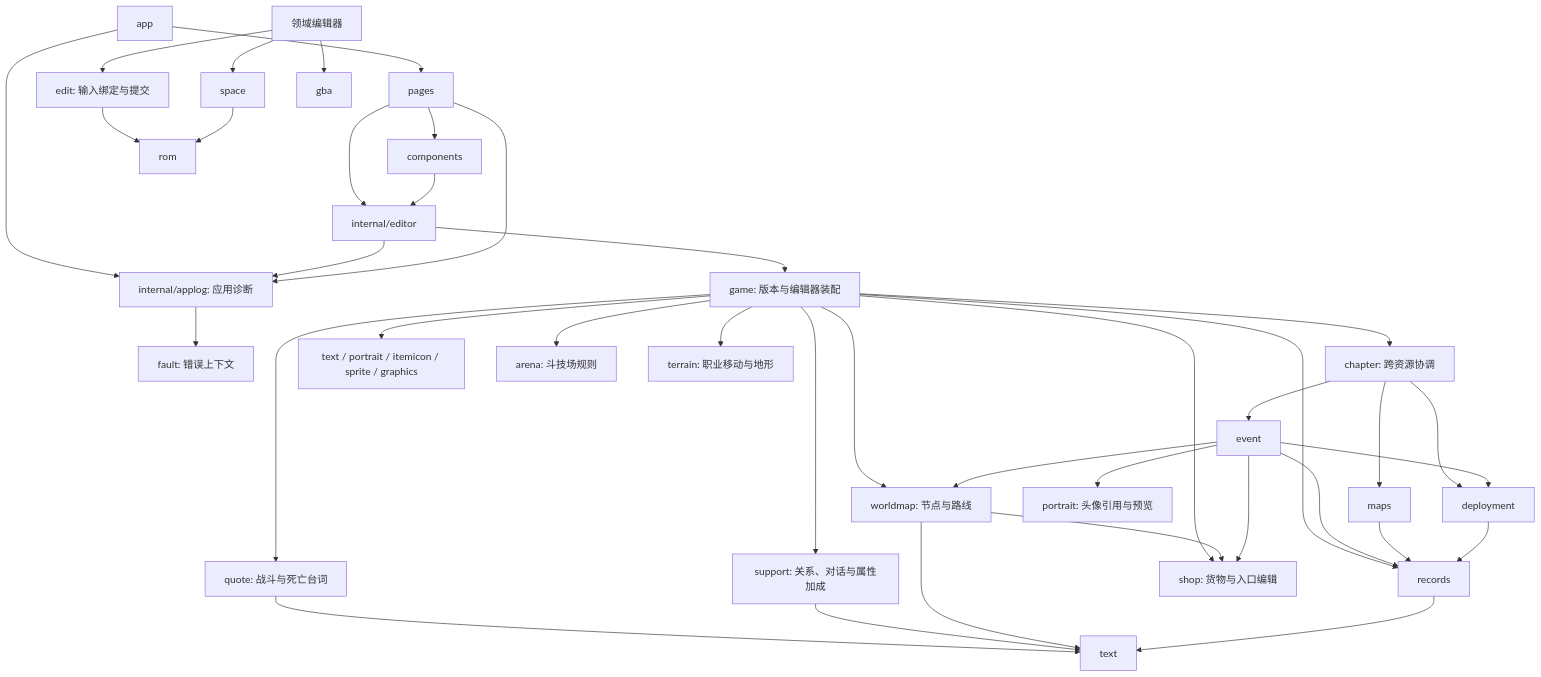
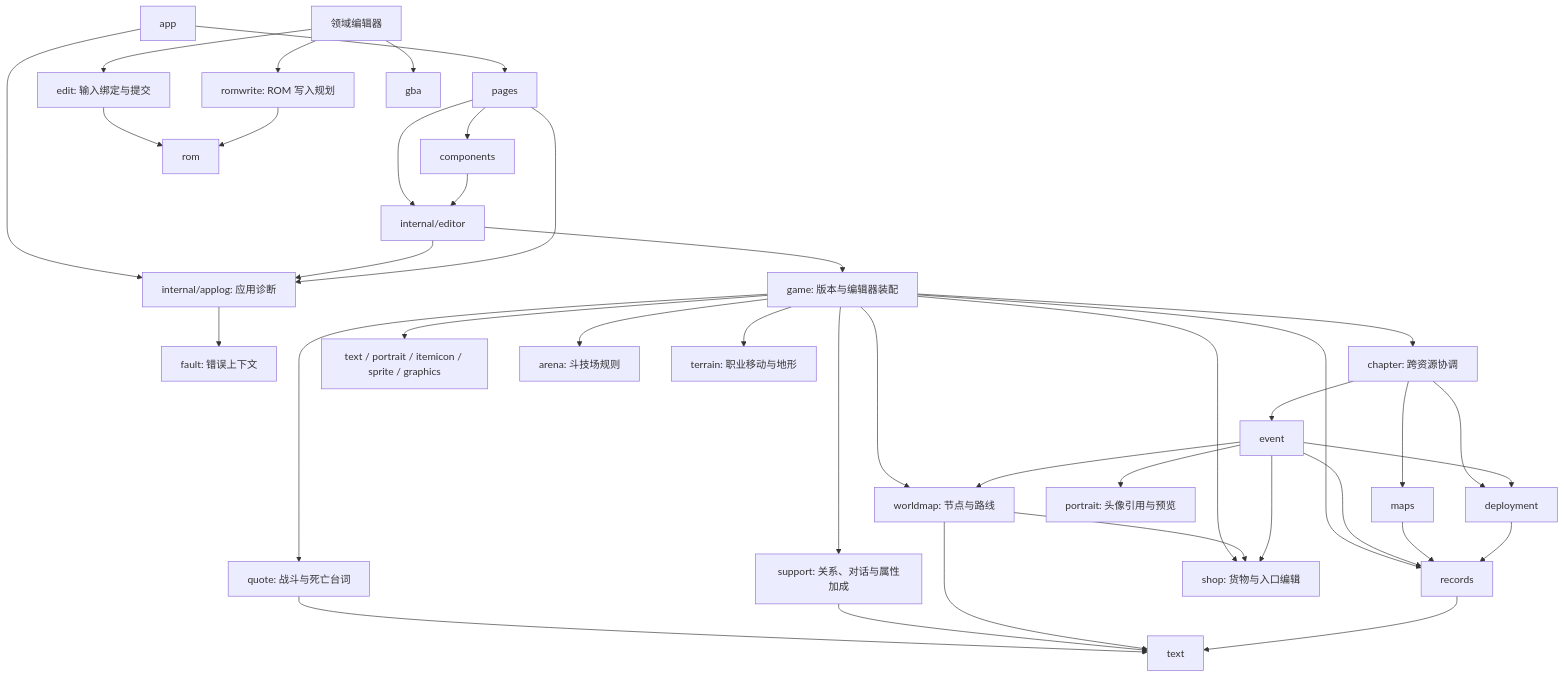
The first of 2 diagrams in docs/architecture.md (woxQAQ/febuildergba-mygo), drawn with Mermaid before and after one commit. The commit also changed other lines of this file and 118 other files, not shown here.

Commit message:
rename space package to romwrite

````diff
--- a/docs/architecture.md
+++ b/docs/architecture.md
@@ -9,41 +9,41 @@
 ```mermaid
 flowchart TD
     App[app] --> Pages[pages]
     App --> AppLog[internal/applog: 应用诊断]
     State --> AppLog
     Pages --> AppLog
     AppLog --> Fault[fault: 错误上下文]
     Pages --> Components[components]
     Pages --> State[internal/editor]
     Components --> State
     State --> Game[game: 版本与编辑器装配]
     Game --> Chapter[chapter: 跨资源协调]
     Game --> Records[records]
     Game --> Media[text / portrait / itemicon / sprite / graphics]
     Chapter --> Maps[maps]
     Chapter --> Event[event]
     Chapter --> Deployment[deployment]
     Event --> Deployment
     Game --> Quote[quote: 战斗与死亡台词]
     Quote --> Text
     Game --> Arena[arena: 斗技场规则]
     Game --> Support[support: 关系、对话与属性加成]
     Game --> Terrain[terrain: 职业移动与地形]
     Support --> Text
     Game --> Shop[shop: 货物与入口编辑]
     Game --> Worldmap[worldmap: 节点与路线]
     Worldmap --> Shop
     Worldmap --> Text
     Event --> Portrait[portrait: 头像引用与预览]
     Event --> Worldmap
     Event --> Shop
     Event --> Records
     Maps --> Records
     Deployment --> Records
     Records --> Text[text]
     Domain[领域编辑器] --> Edit[edit: 输入绑定与提交]
     Edit --> ROM[rom]
-    Domain --> Space[space]
+    Domain --> ROMWrite[romwrite: ROM 写入规划]
     Domain --> GBA[gba]
-    Space --> ROM
+    ROMWrite --> ROM
 ```
````
